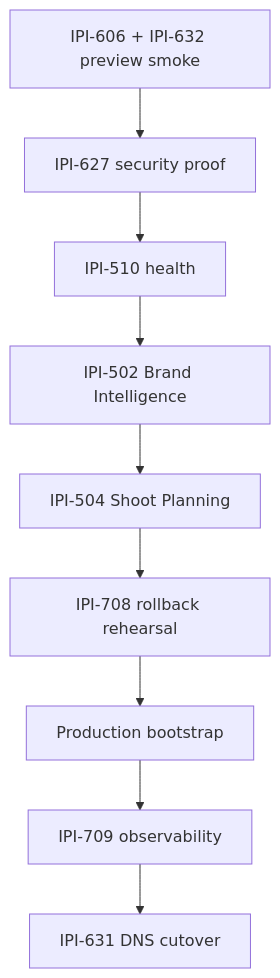
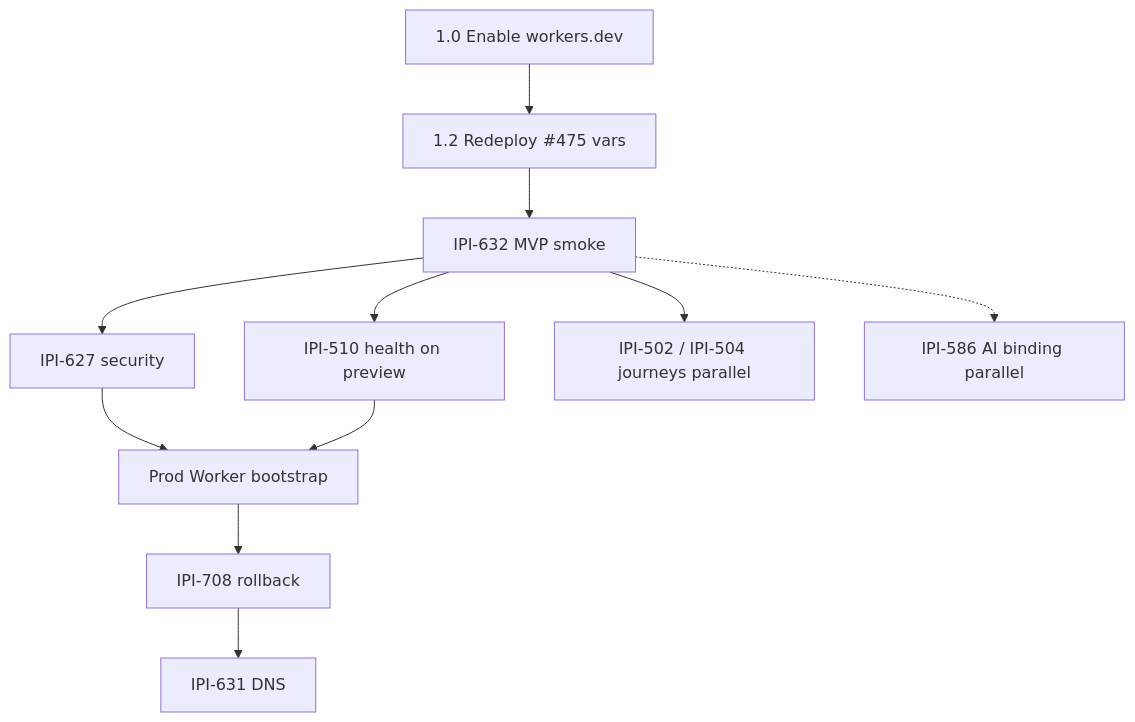
One commit to amo-tech-ai/lumina-studio changed the diagram in tasks/cloudflare/prime/j18-cloudflare-plan.md. Above: the diagram before and after it, drawn with Mermaid. The commit also changed other lines of this file and 4 other files, not shown here.

First line of the commit message:
docs(ipi-632): record J19 CF preview audit and smoke evidence

````diff
--- a/tasks/cloudflare/prime/j18-cloudflare-plan.md
+++ b/tasks/cloudflare/prime/j18-cloudflare-plan.md
@@ -86,11 +104,13 @@
 ```mermaid
 flowchart TD
-  P1[IPI-606 + IPI-632 preview smoke] --> P2[IPI-627 security proof]
-  P2 --> P3[IPI-510 health]
-  P3 --> P4[IPI-502 Brand Intelligence]
-  P4 --> P5[IPI-504 Shoot Planning]
-  P5 --> P6[IPI-708 rollback rehearsal]
-  P6 --> P7[Production bootstrap]
-  P7 --> P8[IPI-709 observability]
-  P8 --> P9[IPI-631 DNS cutover]
+  A[1.0 Enable workers.dev] --> B[1.2 Redeploy #475 vars]
+  B --> C[IPI-632 MVP smoke]
+  C --> D[IPI-627 security]
+  C --> E[IPI-510 health on preview]
+  C --> F[IPI-502 / IPI-504 journeys parallel]
+  D --> G[Prod Worker bootstrap]
+  E --> G
+  G --> H[IPI-708 rollback]
+  H --> I[IPI-631 DNS]
+  C -.-> J[IPI-586 AI binding parallel]
 ```
````
